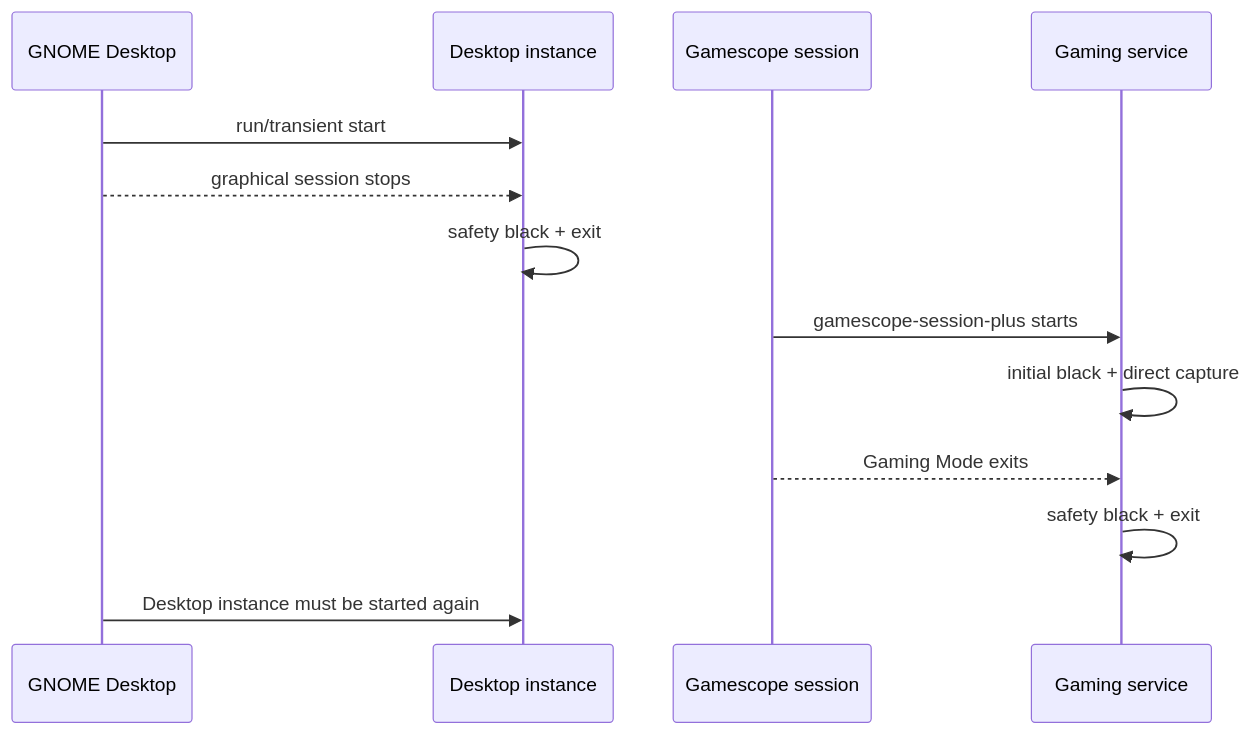
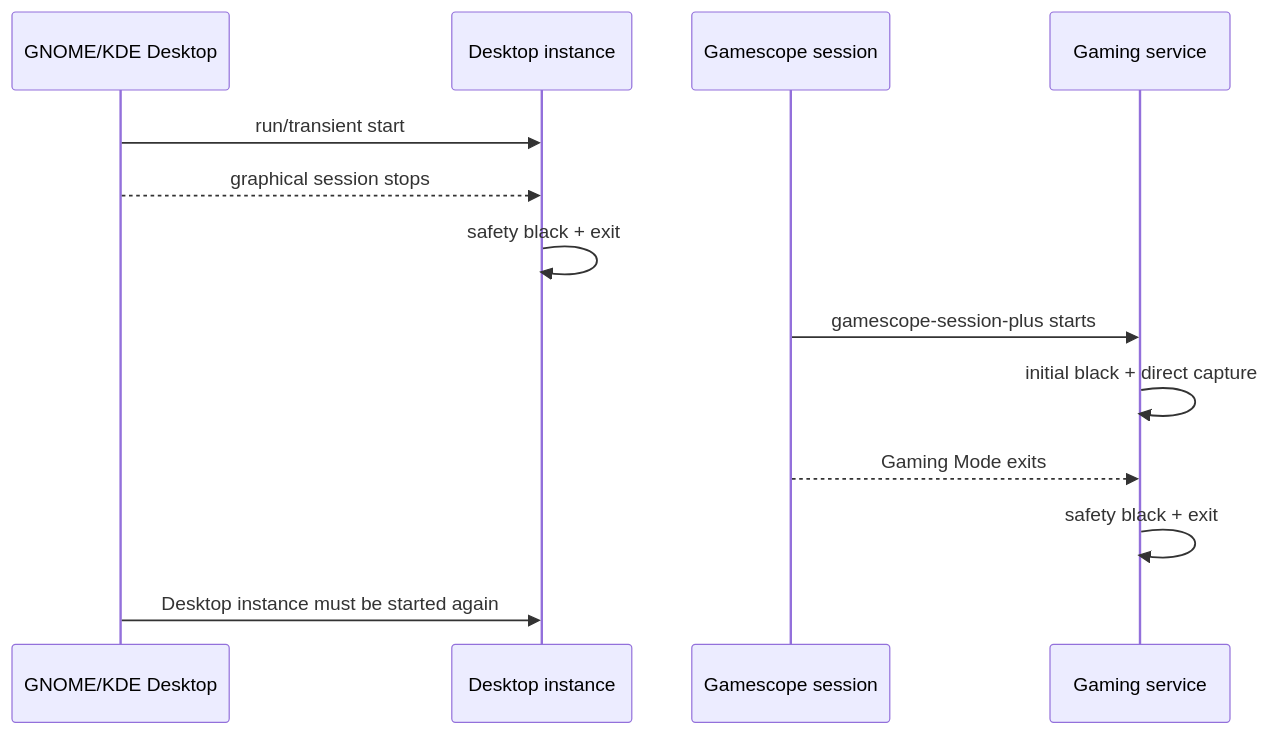
The diagram in docs/operations.md (flossbud/Logi-G560-Linux-Utility), drawn with Mermaid before and after one commit. The commit also changed other lines of this file and 75 other files, not shown here.

````diff
--- a/docs/operations.md
+++ b/docs/operations.md
@@ -94,15 +94,15 @@
 ```mermaid
 sequenceDiagram
-    participant D as GNOME Desktop
+    participant D as GNOME/KDE Desktop
     participant DL as Desktop instance
     participant G as Gamescope session
     participant GL as Gaming service
     D->>DL: run/transient start
     D-->>DL: graphical session stops
     DL->>DL: safety black + exit
     G->>GL: gamescope-session-plus starts
     GL->>GL: initial black + direct capture
     G-->>GL: Gaming Mode exits
     GL->>GL: safety black + exit
     D->>DL: Desktop instance must be started again
 ```
````
